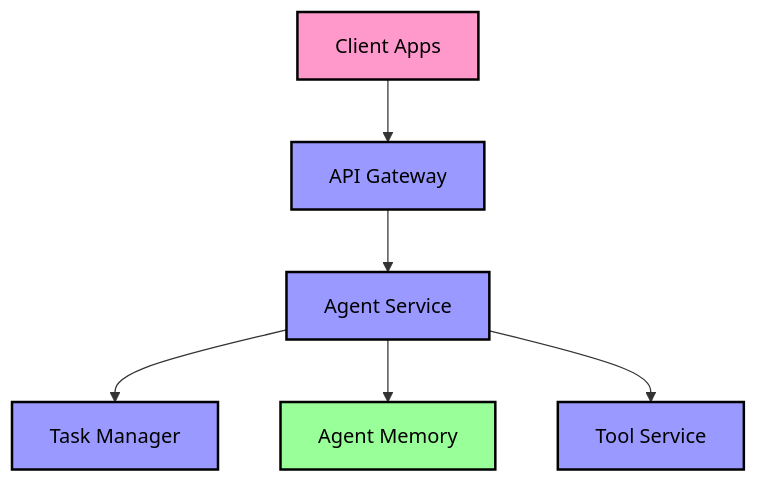
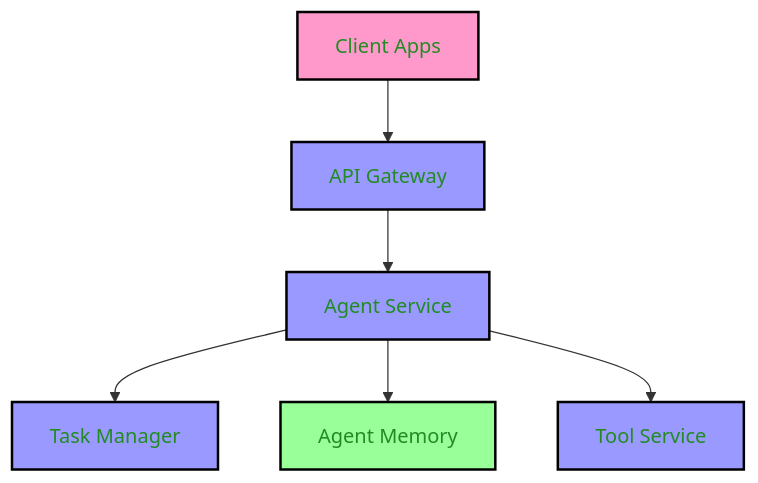
Before and after one commit to dshorter/agent_toolkit: the diagram in README.md, drawn with Mermaid.

````diff
--- a/README.md
+++ b/README.md
@@ -33,21 +33,21 @@
 ```mermaid
 graph TD
    CA[Client Apps] --> API[API Gateway]
    API --> AS[Agent Service]
    AS --> TM[Task Manager]
    AS --> AM[Agent Memory]
    AS --> TS[Tool Service]
 
    %% Style classes 
    classDef default fill:#2B3D53,stroke:#000000,stroke-width:2px,color:#FFFFFF;
    classDef client fill:#ff99cc,stroke:#000000,stroke-width:2px,color:#000000;
    classDef service fill:#9999ff,stroke:#000000,stroke-width:2px,color:#000000;
    classDef storage fill:#99ff99,stroke:#000000,stroke-width:2px,color:#000000;
    classDef text color:#228B22;  
    
   %% Apply styles
- class CA,API,AS,TM,AM,TS text;
  class CA client;
  class API,AS,TM,TS service;
- class AM storage;
+ class AM storage
+ class CA,API,AS,TM,AM,TS text;;
 ```
````
